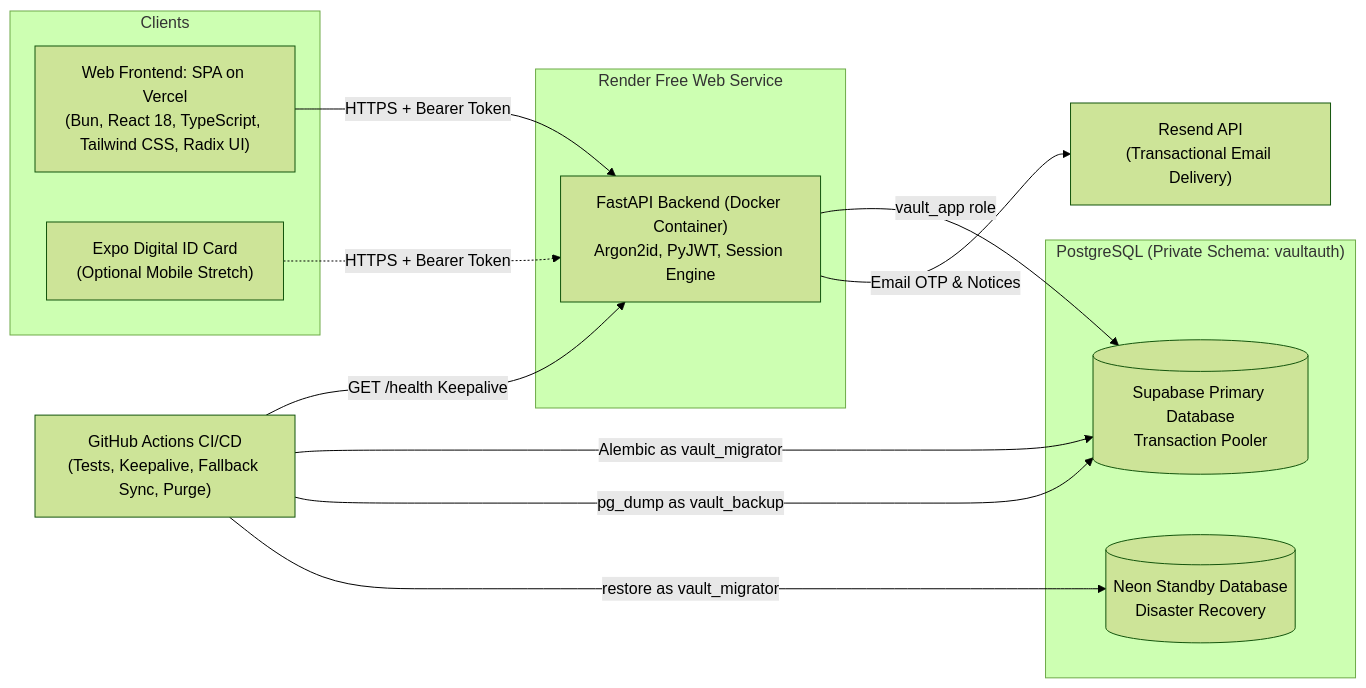
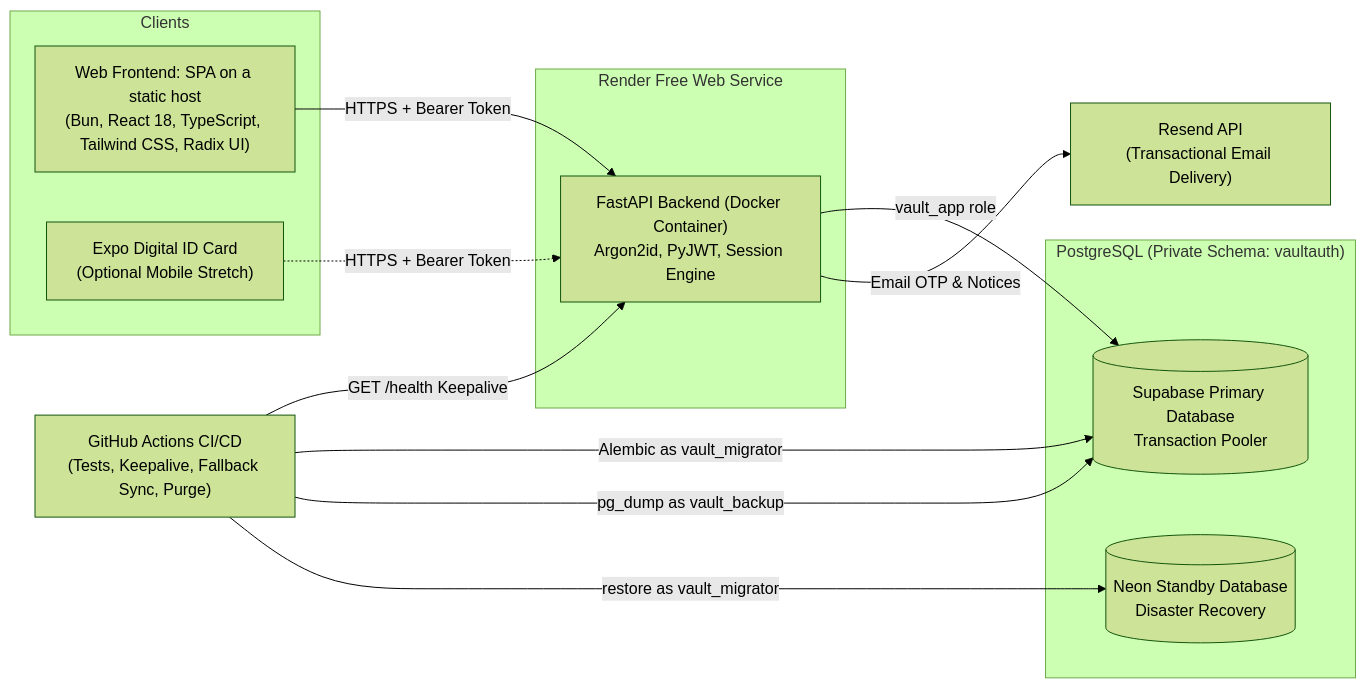
The first of 3 diagrams in docs/PRD_v2.0.md (ABhardwaj28/vaultauth-frontend), drawn with Mermaid (forest theme) before and after one commit. The commit also changed other lines of this file and 10 other files, not shown here.

````diff
--- a/docs/PRD_v2.0.md
+++ b/docs/PRD_v2.0.md
@@ -135,28 +135,28 @@
 ```mermaid
 flowchart LR
     subgraph Clients["Clients"]
-        WEB["Web Frontend: SPA on Vercel<br>(Bun, React 18, TypeScript, Tailwind CSS, Radix UI)"]
+        WEB["Web Frontend: SPA on a static host<br>(Bun, React 18, TypeScript, Tailwind CSS, Radix UI)"]
         EXPO["Expo Digital ID Card<br>(Optional Mobile Stretch)"]
     end
 
     subgraph Hosting["Render Free Web Service"]
         API["FastAPI Backend (Docker Container)<br>Argon2id, PyJWT, Session Engine"]
     end
 
     subgraph Database["PostgreSQL (Private Schema: vaultauth)"]
         PRIMARY[("Supabase Primary Database<br>Transaction Pooler")]
         FALLBACK[("Neon Standby Database<br>Disaster Recovery")]
     end
 
     MAIL["Resend API<br>(Transactional Email Delivery)"]
     CI["GitHub Actions CI/CD<br>(Tests, Keepalive, Fallback Sync, Purge)"]
 
     WEB -->|"HTTPS + Bearer Token"| API
     EXPO -.->|"HTTPS + Bearer Token"| API
     API -->|"vault_app role"| PRIMARY
     API -->|"Email OTP & Notices"| MAIL
     CI -->|"GET /health Keepalive"| API
     CI -->|"Alembic as vault_migrator"| PRIMARY
     CI -->|"pg_dump as vault_backup"| PRIMARY
     CI -->|"restore as vault_migrator"| FALLBACK
 ```
````
